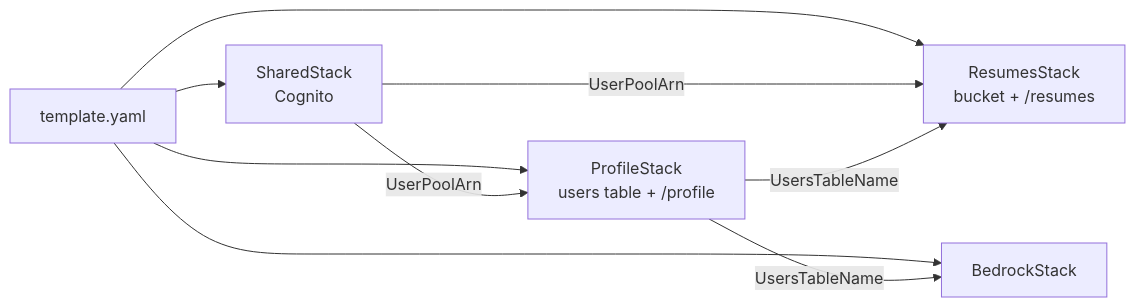
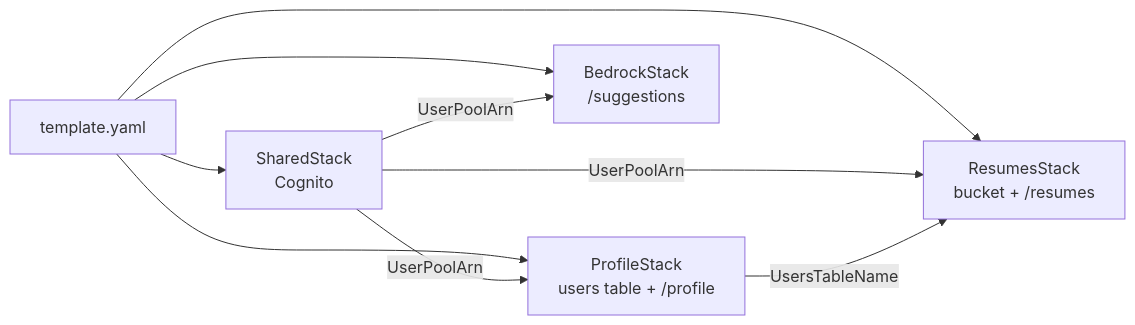
The diagram in backend/SAMproject/docs/general/nested-stacks.md (FSU-CloudClub/CloudClub-Fall2027-Matchob), drawn with Mermaid before and after one commit. The commit also changed other lines of this file and 12 other files, not shown here.

````diff
--- a/backend/SAMproject/docs/general/nested-stacks.md
+++ b/backend/SAMproject/docs/general/nested-stacks.md
@@ -23,11 +23,11 @@
 ```mermaid
 flowchart LR
     Root["template.yaml"] --> Shared["SharedStack<br/>Cognito"]
     Root --> Profile["ProfileStack<br/>users table + /profile"]
     Root --> Resumes["ResumesStack<br/>bucket + /resumes"]
-    Root --> Bedrock["BedrockStack"]
+    Root --> Bedrock["BedrockStack<br/>/suggestions"]
     Shared -- UserPoolArn --> Profile
     Shared -- UserPoolArn --> Resumes
     Profile -- UsersTableName --> Resumes
-    Profile -- UsersTableName --> Bedrock
+    Shared -- UserPoolArn --> Bedrock
 ```
````
